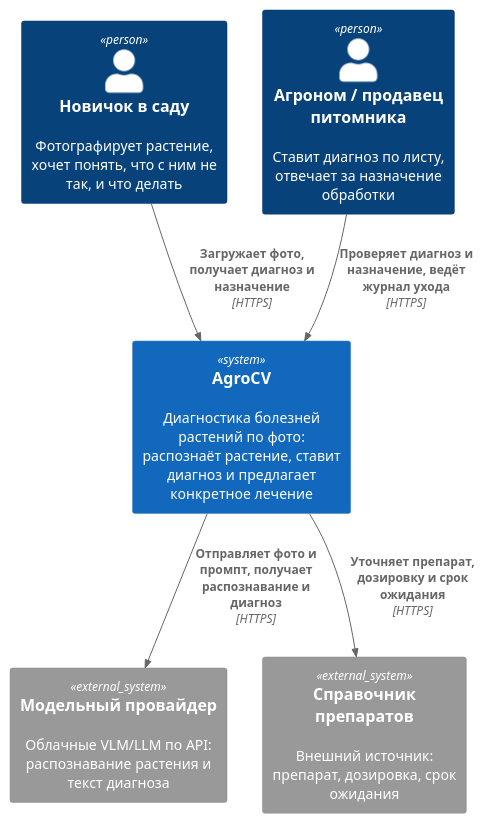
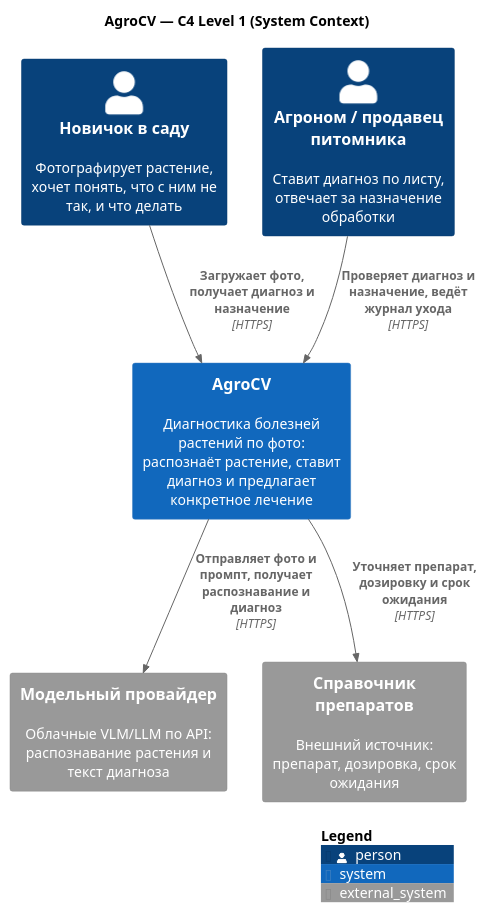
One commit to vstu-sii/stream-6-agrocv-team changed the diagram in docs/architecture/c4-context.puml. Above: the diagram before and after it, drawn with PlantUML. The commit also changed 5 other files, not shown here.

Commit message:
Fix architecture diagramms, add rendered svg's & README.md for architecture part, replace erd.puml

```diff
--- a/docs/architecture/c4-context.puml
+++ b/docs/architecture/c4-context.puml
@@ -1,24 +1,20 @@
-@startuml agrocv-context
-!include https://raw.githubusercontent.com/plantuml-stdlib/C4-PlantUML/master/C4_Context.puml
+@startuml c4-context
+!include <C4/C4_Context>
 
-' ── Context level ─────────────────────────────────────────────────────
-' Scope:    вся система AgroCV целиком
-' Audience: продукт, команда, заказчик
-' Shows:    кто пользуется системой, что система делает и с какими
-'           внешними системами она общается. Внутренние контейнеры
-'           скрыты — они на следующем уровне (c4-container.puml).
+title AgroCV — C4 Level 1 (System Context)
 
 Person(gardener, "Новичок в саду", "Фотографирует растение, хочет понять, что с ним не так, и что делать")
 Person(agronomist, "Агроном / продавец питомника", "Ставит диагноз по листу, отвечает за назначение обработки")
 
 System(agrocv, "AgroCV", "Диагностика болезней растений по фото: распознаёт растение, ставит диагноз и предлагает конкретное лечение")
 
 System_Ext(model_provider, "Модельный провайдер", "Облачные VLM/LLM по API: распознавание растения и текст диагноза")
 System_Ext(drug_reference, "Справочник препаратов", "Внешний источник: препарат, дозировка, срок ожидания")
 
 Rel(gardener, agrocv, "Загружает фото, получает диагноз и назначение", "HTTPS")
 Rel(agronomist, agrocv, "Проверяет диагноз и назначение, ведёт журнал ухода", "HTTPS")
 Rel(agrocv, model_provider, "Отправляет фото и промпт, получает распознавание и диагноз", "HTTPS")
 Rel(agrocv, drug_reference, "Уточняет препарат, дозировку и срок ожидания", "HTTPS")
 
+SHOW_LEGEND()
 @enduml
```
